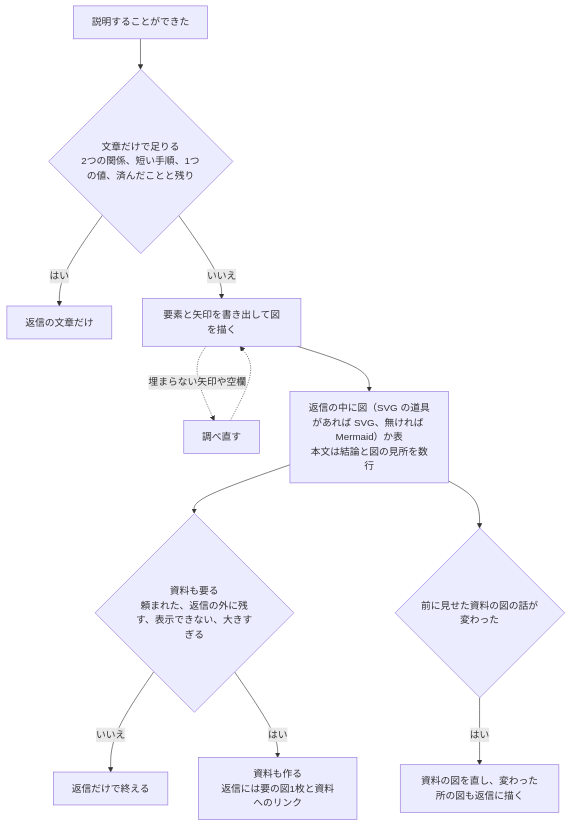
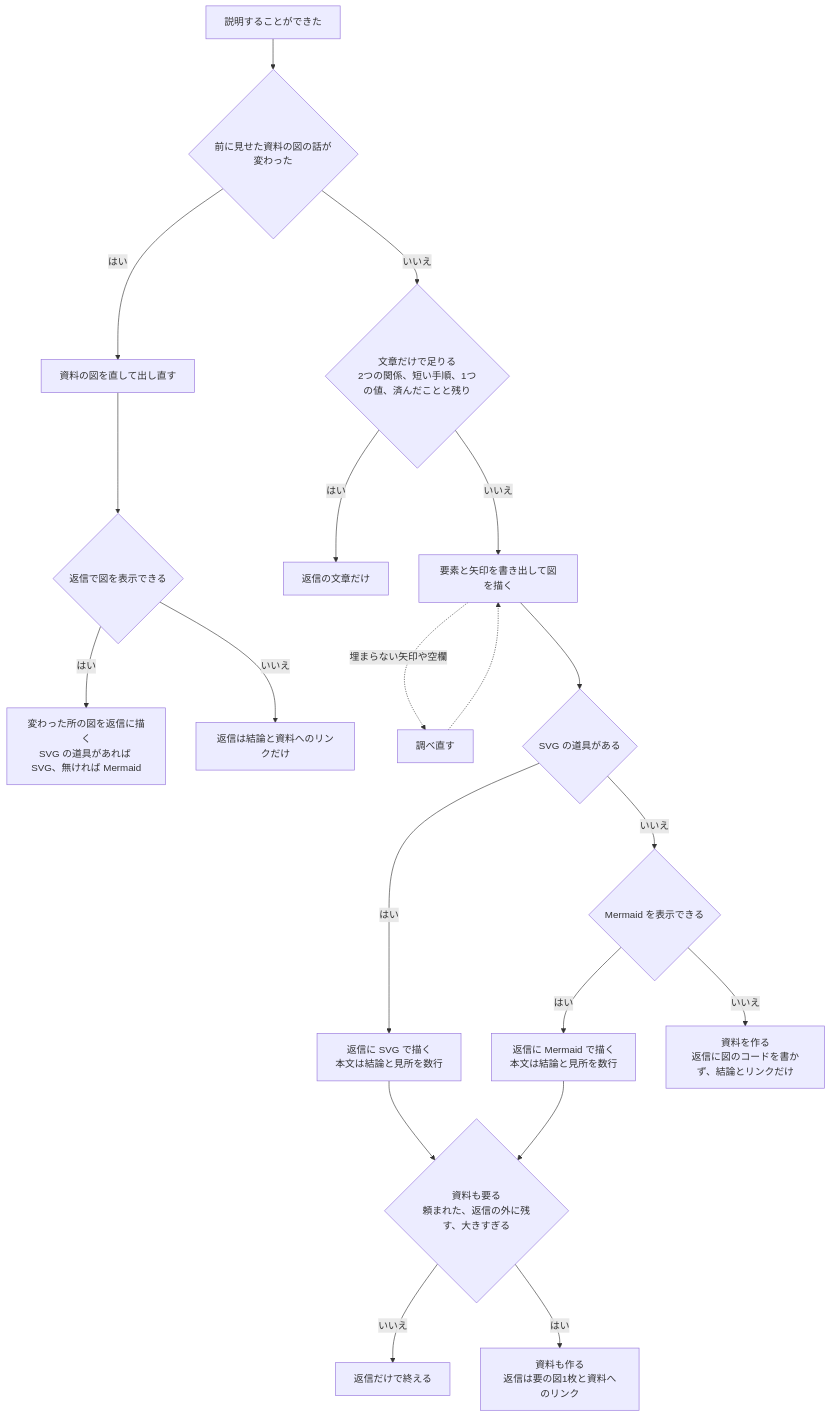
Before and after one commit to u-ichi/agent-plugins: the diagram in plugins/figure-docs/skills/figure-docs/SKILL.md, drawn with Mermaid. The commit also changed other lines of this file and 1 other file, not shown here.

Commit message:
figure-docs: 判定の図と README を図の表示可否に合わせて更新
図を表示できない場所で図のコードを書く経路や、文章だけの返信で前の資料の図が古いまま残る経路が判定の図に残っていたため見直した。
判定の図では、前に見せた資料の図が変わったかを最初に確かめ、描き方を SVG の道具、Mermaid、どちらも無いとき（結論と資料へのリンクだけ）に分ける形にした。前に見せた資料の項目も表示できないときはリンクだけにし、README もリポジトリの文書は Mermaid、PR と issue は図を描かずに文書へリンクする形に合わせた。

````diff
--- a/plugins/figure-docs/skills/figure-docs/SKILL.md
+++ b/plugins/figure-docs/skills/figure-docs/SKILL.md
@@ -42,13 +42,21 @@
 ```mermaid
 flowchart TB
-  A[説明することができた] --> B{文章だけで足りる<br>2つの関係、短い手順、1つの値、済んだことと残り}
+  A[説明することができた] --> H{前に見せた資料の図の話が変わった}
+  H -- はい --> I[資料の図を直して出し直す]
+  I --> J{返信で図を表示できる}
+  J -- はい --> K["変わった所の図を返信に描く<br>SVG の道具があれば SVG、無ければ Mermaid"]
+  J -- いいえ --> L[返信は結論と資料へのリンクだけ]
+  H -- いいえ --> B{"文章だけで足りる<br>2つの関係、短い手順、1つの値、済んだことと残り"}
   B -- はい --> T[返信の文章だけ]
   B -- いいえ --> C[要素と矢印を書き出して図を描く]
   C -. 埋まらない矢印や空欄 .-> R[調べ直す] -.-> C
-  C --> D["返信の中に図（SVG の道具があれば SVG、無ければ Mermaid）か表<br>本文は結論と図の見所を数行"]
-  D --> E{資料も要る<br>頼まれた、返信の外に残す、表示できない、大きすぎる}
+  C --> D1{SVG の道具がある}
+  D1 -- はい --> D2["返信に SVG で描く<br>本文は結論と見所を数行"]
+  D1 -- いいえ --> D3{Mermaid を表示できる}
+  D3 -- はい --> D4["返信に Mermaid で描く<br>本文は結論と見所を数行"]
+  D3 -- いいえ --> G2["資料を作る<br>返信に図のコードを書かず、結論とリンクだけ"]
+  D2 --> E{"資料も要る<br>頼まれた、返信の外に残す、大きすぎる"}
+  D4 --> E
   E -- いいえ --> F[返信だけで終える]
-  E -- はい --> G[資料も作る<br>返信には要の図1枚と資料へのリンク]
-  D --> H{前に見せた資料の図の話が変わった}
-  H -- はい --> I[資料の図を直し、変わった所の図も返信に描く]
+  E -- はい --> G1["資料も作る<br>返信は要の図1枚と資料へのリンク"]
 ```
````
